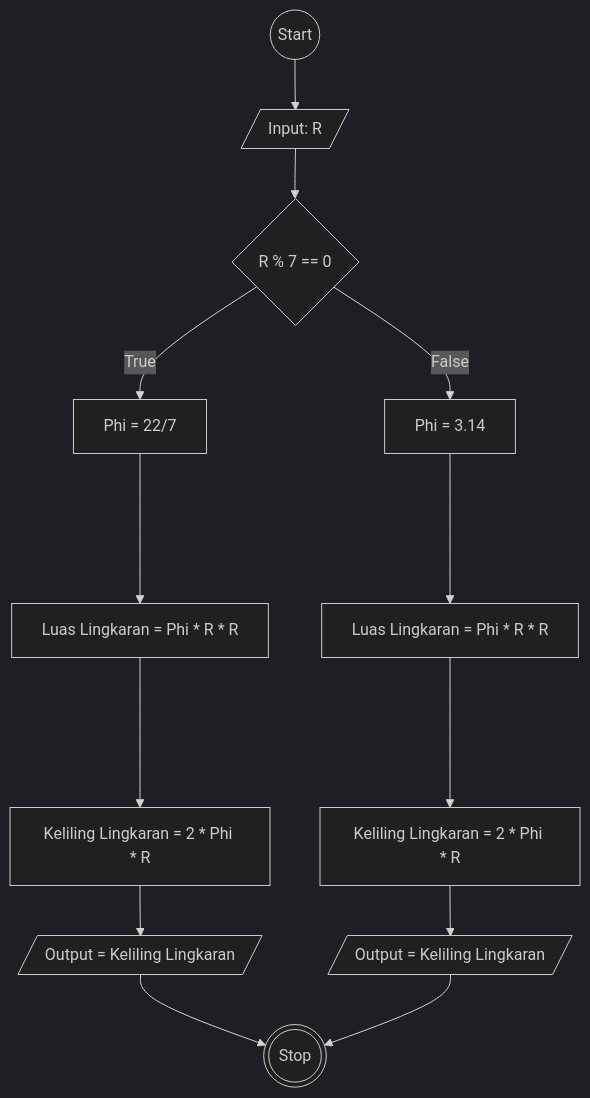
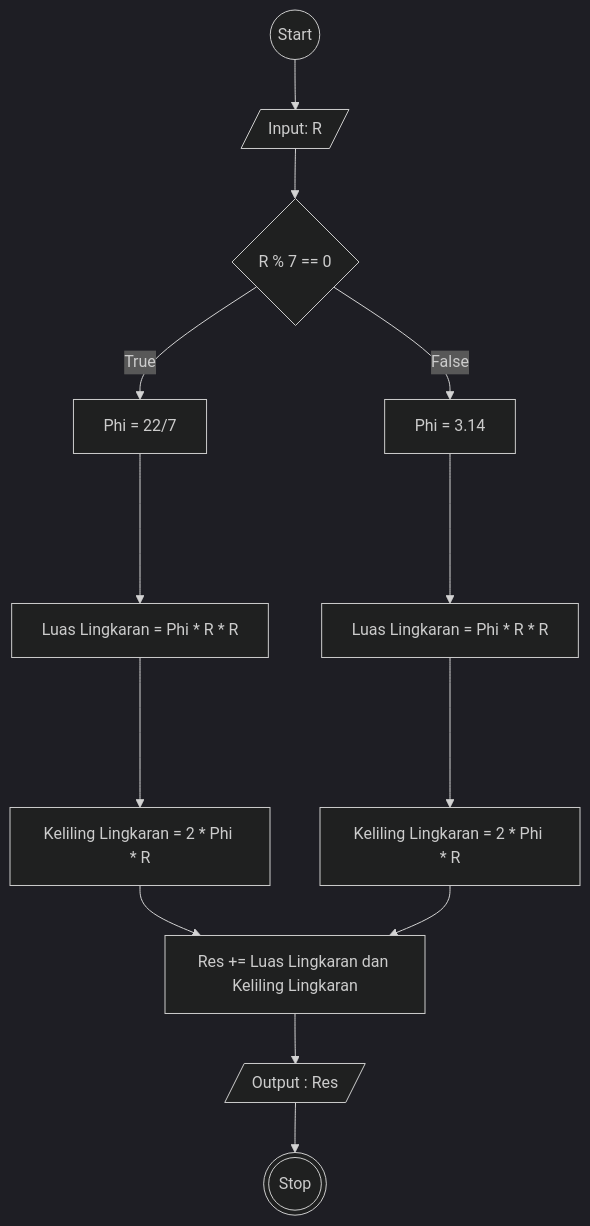
Before and after one commit to Vincentius31/koda-b6-algoritma: the diagram in flowchart-luas-keliling-lingkaran.md, drawn with Mermaid (dark theme).

````diff
--- a/flowchart-luas-keliling-lingkaran.md
+++ b/flowchart-luas-keliling-lingkaran.md
@@ -1,27 +1,28 @@
 ```mermaid
     flowchart TD
     id1((Start))
     id2[/"Input: R"/]
     id3{R % 7 == 0}
     id4["Phi = 22/7"]
     id5["Phi = 3.14"]
     id6["Luas Lingkaran = Phi * R * R"]
     id7["Keliling Lingkaran = 2 * Phi * R"]
     id8["Luas Lingkaran = Phi * R * R"]
     id9["Keliling Lingkaran = 2 * Phi * R"]
-    id11[/"Output = Keliling Lingkaran "/]
-    id13[/"Output = Keliling Lingkaran "/]
+    id11[/"Output : Res "/]
+    id12["Res += Luas Lingkaran dan Keliling Lingkaran"]
+    
     id14(((Stop)))
 
     id1 --> id2 --> id3
     id3 -- True --> id4
     id3 -- False --> id5
     id4 ----> id6
     id6 ----> id7
     id5 ----> id8
     id8 ----> id9
-    id7 --> id11
-    id9 --> id13
+    id7 --> id12
+    id9 --> id12
+    id12 --> id11
     id11 --> id14
-    id13 --> id14
 ```
````
